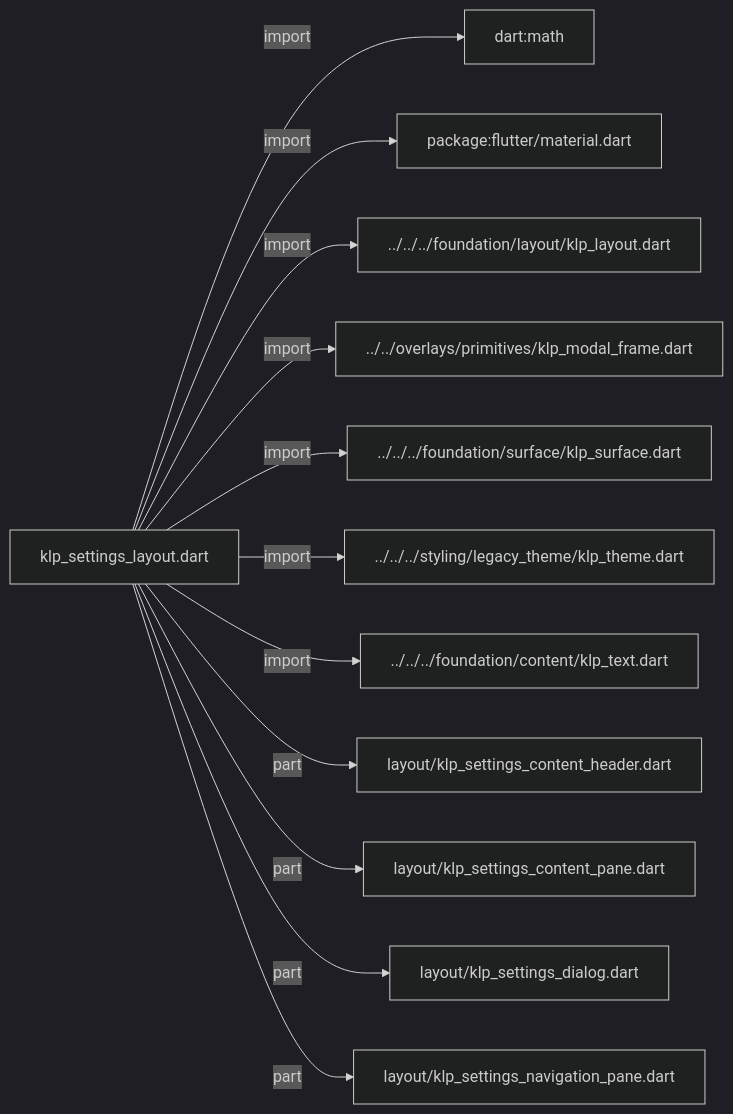
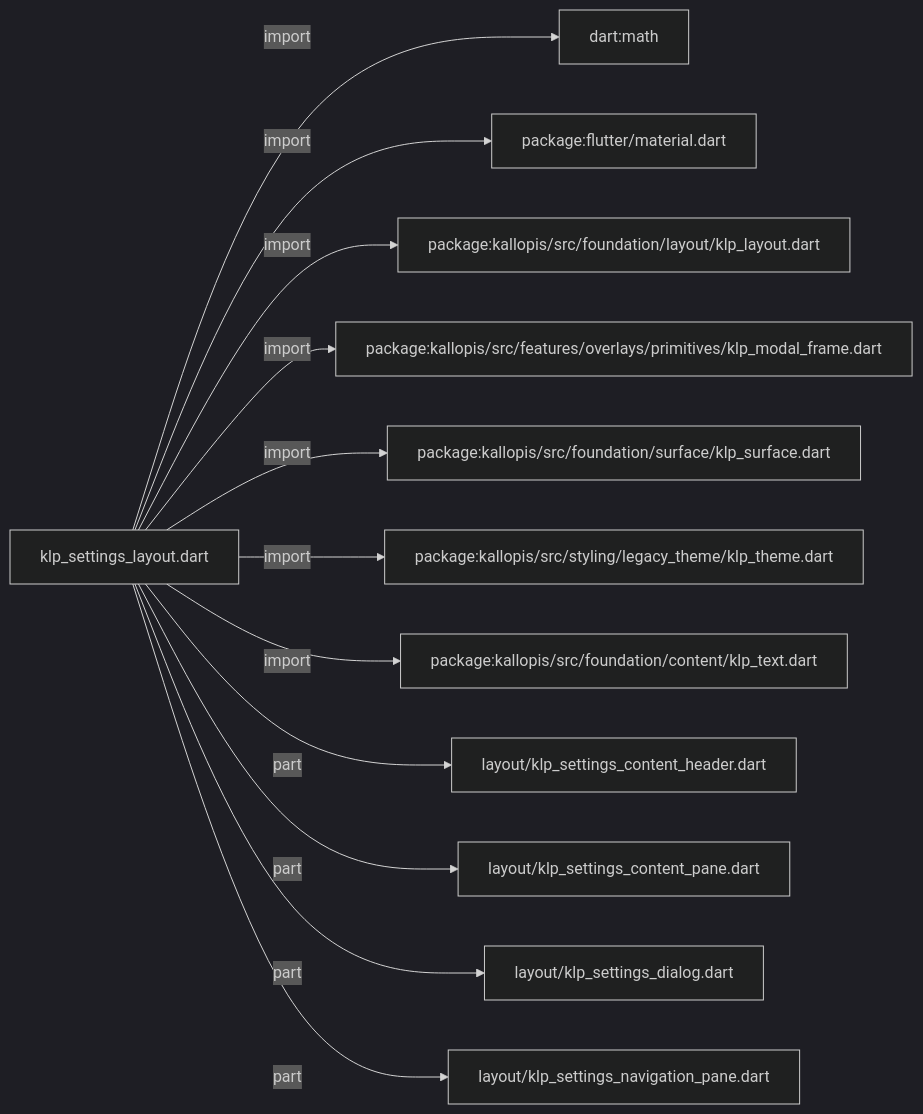
The first of 2 diagrams in docs/architecture/src/features/workspace/settings/klp_settings_layout.md (MiuDog/Kallopis), drawn with Mermaid (dark theme) before and after one commit. The commit also changed other lines of this file and 9688 other files, not shown here.

Commit message:
Prepare isolated Flow F2 peer baseline

````diff
--- a/docs/architecture/src/features/workspace/settings/klp_settings_layout.md
+++ b/docs/architecture/src/features/workspace/settings/klp_settings_layout.md
@@ -11,26 +11,26 @@
 ```mermaid
 flowchart LR
 	n0["klp_settings_layout.dart"]
 	n1["dart:math"]
 	n2["package:flutter/material.dart"]
-	n3["../../../foundation/layout/klp_layout.dart"]
-	n4["../../overlays/primitives/klp_modal_frame.dart"]
-	n5["../../../foundation/surface/klp_surface.dart"]
-	n6["../../../styling/legacy_theme/klp_theme.dart"]
-	n7["../../../foundation/content/klp_text.dart"]
+	n3["package:kallopis/src/foundation/layout/klp_layout.dart"]
+	n4["package:kallopis/src/features/overlays/primitives/klp_modal_frame.dart"]
+	n5["package:kallopis/src/foundation/surface/klp_surface.dart"]
+	n6["package:kallopis/src/styling/legacy_theme/klp_theme.dart"]
+	n7["package:kallopis/src/foundation/content/klp_text.dart"]
 	n8["layout/klp_settings_content_header.dart"]
 	n9["layout/klp_settings_content_pane.dart"]
 	n10["layout/klp_settings_dialog.dart"]
 	n11["layout/klp_settings_navigation_pane.dart"]
 	n0 -->|"import"| n1
 	n0 -->|"import"| n2
 	n0 -->|"import"| n3
 	n0 -->|"import"| n4
 	n0 -->|"import"| n5
 	n0 -->|"import"| n6
 	n0 -->|"import"| n7
 	n0 -->|"part"| n8
 	n0 -->|"part"| n9
 	n0 -->|"part"| n10
 	n0 -->|"part"| n11
 ```
````
